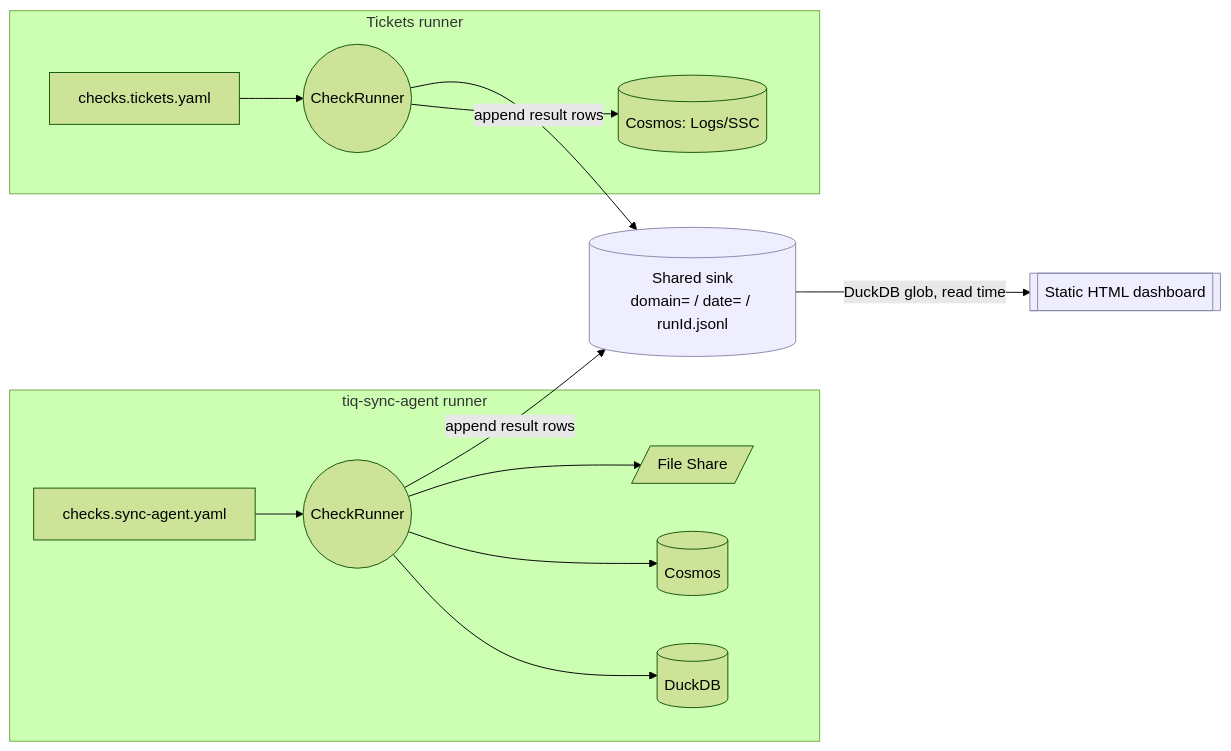
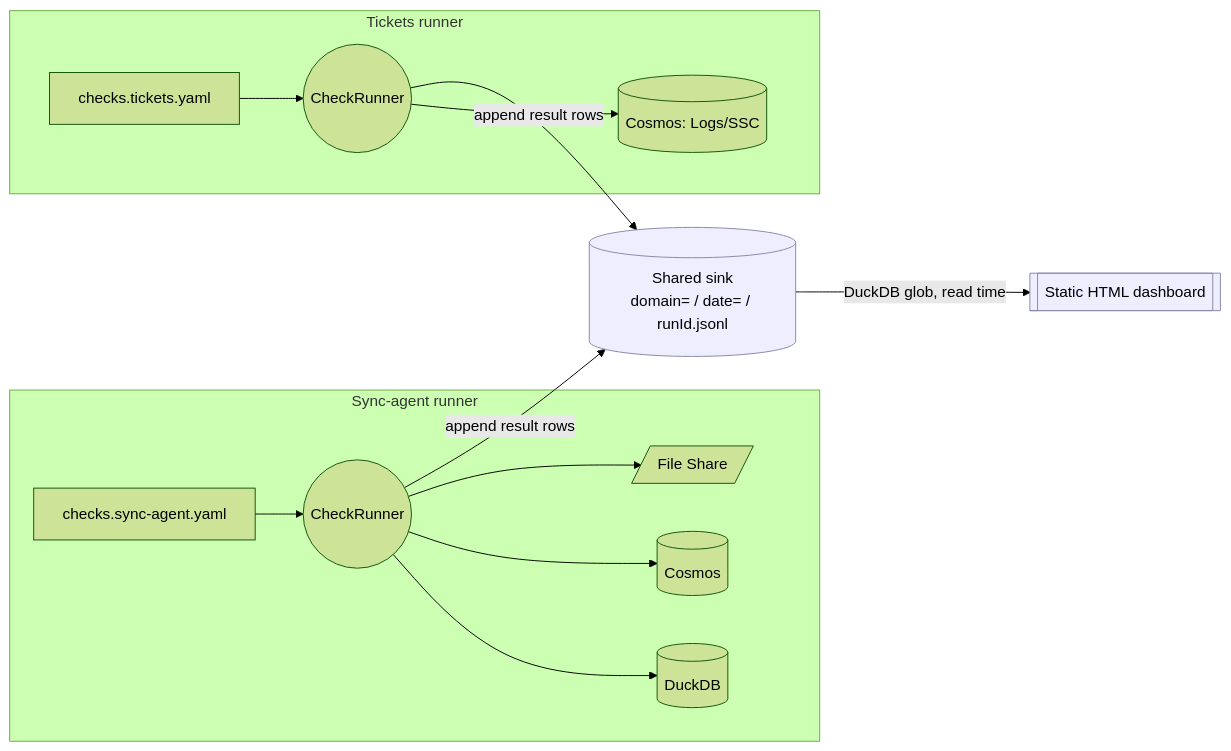
One commit to ShiftSoftware/ADP changed the diagram in ADP.Docs/Docs/docs/integrations/rastgo/index.md. Above: the diagram before and after it, drawn with Mermaid (forest theme). The commit also changed 11 other files, not shown here.

````diff
--- a/ADP.Docs/Docs/docs/integrations/rastgo/index.md
+++ b/ADP.Docs/Docs/docs/integrations/rastgo/index.md
@@ -42,20 +42,20 @@
 ```mermaid
 flowchart LR
-    subgraph SA["tiq-sync-agent runner"]
+    subgraph SA["Sync-agent runner"]
       Y1[checks.sync-agent.yaml] --> R1((CheckRunner))
       R1 --> S1[(DuckDB)]
       R1 --> S2[(Cosmos)]
       R1 --> S3[/File Share/]
     end
     subgraph TK["Tickets runner"]
       Y2[checks.tickets.yaml] --> R2((CheckRunner))
       R2 --> S4[(Cosmos: Logs/SSC)]
     end
 
     R1 -->|append result rows| SINK[("Shared sink<br/>domain= / date= / runId.jsonl")]
     R2 -->|append result rows| SINK
     SINK -->|DuckDB glob, read time| DASH[["Static HTML dashboard"]]
 
     classDef store fill:#eef,stroke:#88a;
     class SINK,DASH store;
 ```
````
